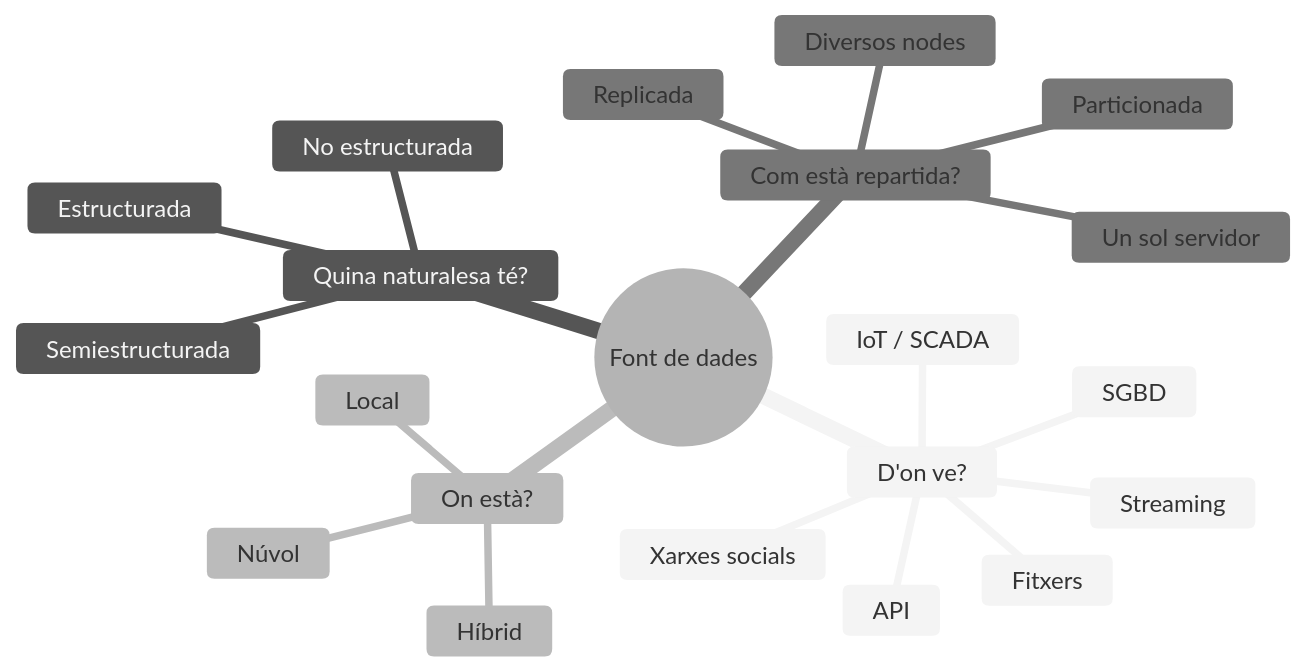
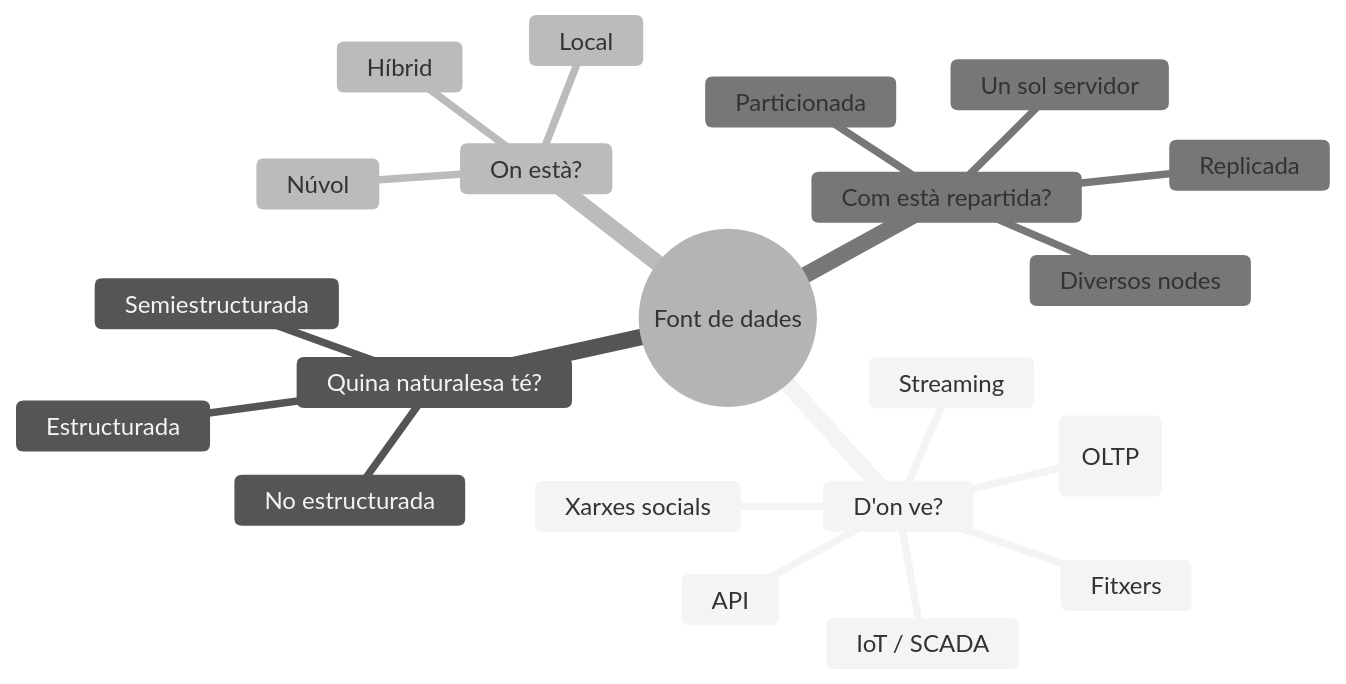
Before and after one commit to jorpema/etcl: the diagram in docs/p1/s01-tipus-dades.md, drawn with Mermaid (neutral theme). The commit also changed other lines of this file, not shown here.

````diff
--- a/docs/p1/s01-tipus-dades.md
+++ b/docs/p1/s01-tipus-dades.md
@@ -28,24 +30,24 @@
 ```mermaid
 mindmap
   root((Font de dades))
     D'on ve?
-      SGBD
+      SGBD transaccionals (OLTP)
       Fitxers
       API
       IoT / SCADA
       Streaming
       Xarxes socials
     Quina naturalesa té?
       Estructurada
       Semiestructurada
       No estructurada
     On està?
       Local
       Núvol
       Híbrid
     Com està repartida?
       Un sol servidor
       Diversos nodes
       Particionada
       Replicada
 ```
````
